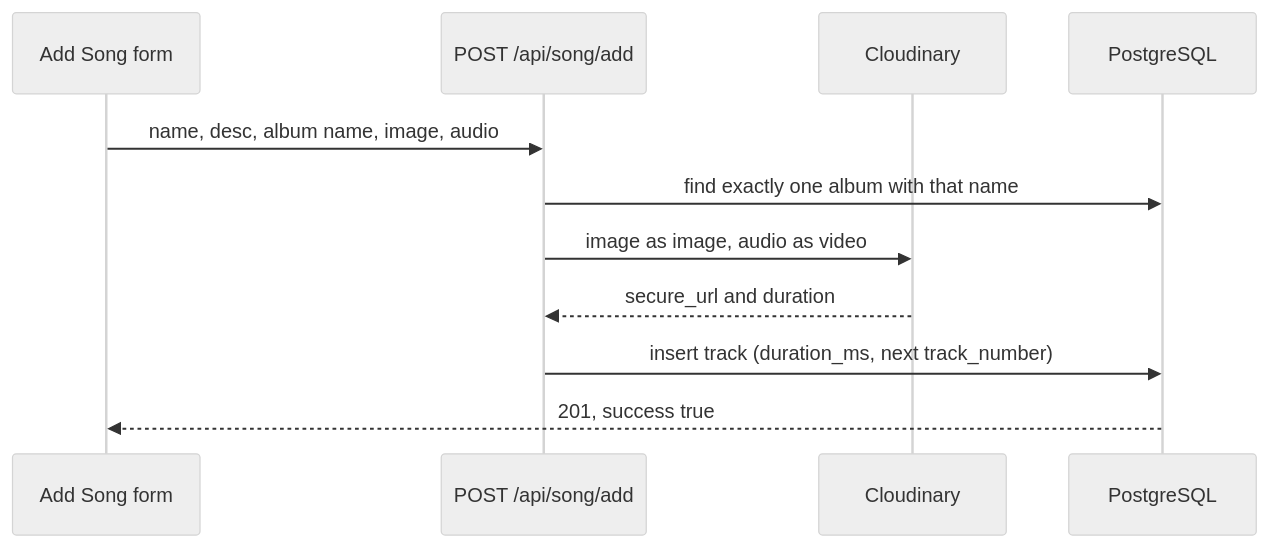
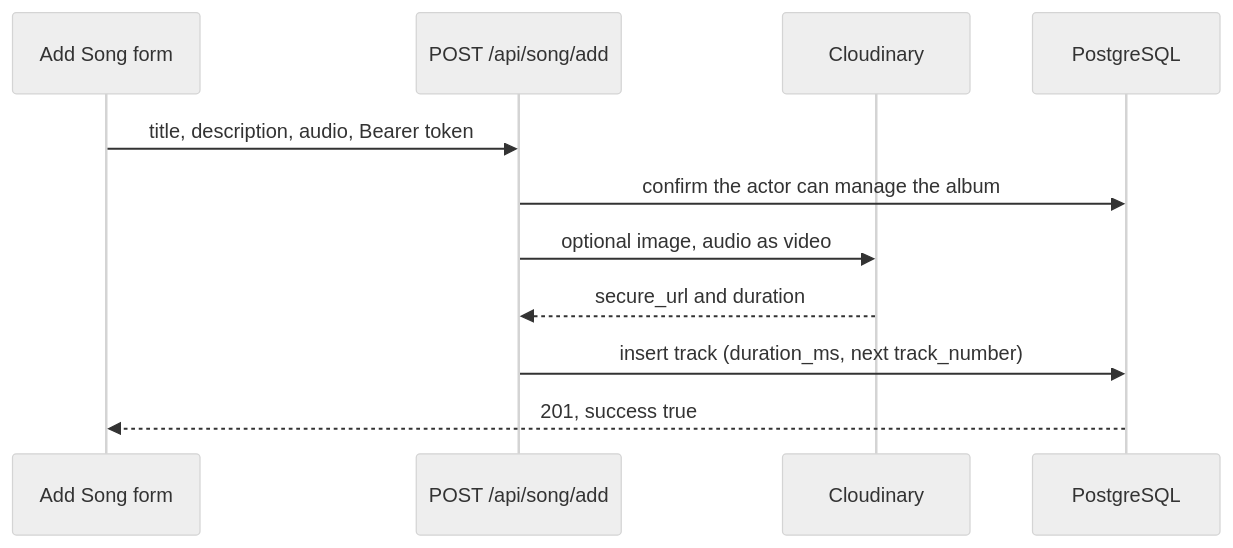
One commit to kuldeepsinghr/Spotify-clone changed the sixth of 6 diagrams in ARCHITECTURE.md. Above: the diagram before and after it, drawn with Mermaid (neutral theme). The commit also changed other lines of this file and 45 other files, not shown here.

````diff
--- a/ARCHITECTURE.md
+++ b/ARCHITECTURE.md
@@ -193,14 +193,14 @@
 ```mermaid
 sequenceDiagram
   participant Admin as Add Song form
   participant API as POST /api/song/add
   participant CDN as Cloudinary
   participant DB as PostgreSQL
 
-  Admin->>API: name, desc, album name, image, audio
-  API->>DB: find exactly one album with that name
-  API->>CDN: image as image, audio as video
+  Admin->>API: title, description, audio, Bearer token
+  API->>DB: confirm the actor can manage the album
+  API->>CDN: optional image, audio as video
   CDN-->>API: secure_url and duration
   API->>DB: insert track (duration_ms, next track_number)
   DB-->>Admin: 201, success true
 ```
````
